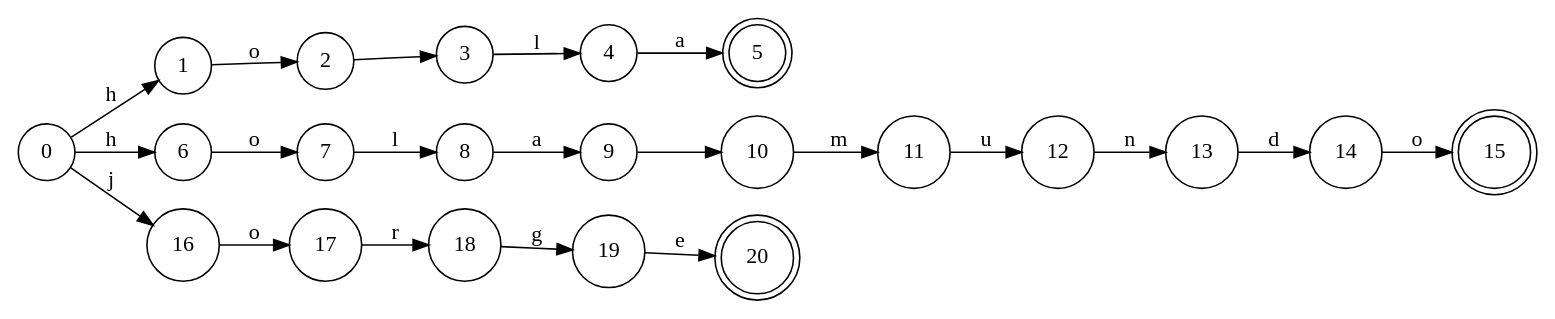
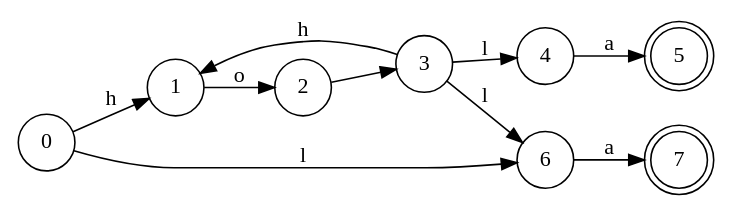
One commit to GdeAchaval/automaton changed the diagram in src/files/testNonDet.dot. Above: the diagram before and after it, drawn with Graphviz. The commit also changed 8 other files, not shown here.

```diff
--- a/src/files/testNonDet.dot
+++ b/src/files/testNonDet.dot
@@ -1,47 +1,23 @@
 digraph {
 rankdir = "LR";
 // NODES
 node [shape=circle] Node0[label="0"];
 node [shape=circle] Node1[label="1"];
 node [shape=circle] Node6[label="6"];
-node [shape=circle] Node16[label="16"];
 node [shape=circle] Node2[label="2"];
-node [shape=circle] Node7[label="7"];
-node [shape=circle] Node17[label="17"];
+node [shape=doublecircle] Node7[label="7"];
 node [shape=circle] Node3[label="3"];
-node [shape=circle] Node8[label="8"];
-node [shape=circle] Node18[label="18"];
 node [shape=circle] Node4[label="4"];
-node [shape=circle] Node9[label="9"];
-node [shape=circle] Node19[label="19"];
 node [shape=doublecircle] Node5[label="5"];
-node [shape=circle] Node10[label="10"];
-node [shape=doublecircle] Node20[label="20"];
-node [shape=circle] Node11[label="11"];
-node [shape=circle] Node12[label="12"];
-node [shape=circle] Node13[label="13"];
-node [shape=circle] Node14[label="14"];
-node [shape=doublecircle] Node15[label="15"];
 
 // TRANSITIONS
 Node0 -> Node1 [label="h"];
-Node0 -> Node6 [label="h"];
-Node0 -> Node16 [label="j"];
+Node0 -> Node6 [label="l"];
 Node1 -> Node2 [label="o"];
-Node6 -> Node7 [label="o"];
-Node16 -> Node17 [label="o"];
+Node6 -> Node7 [label="a"];
 Node2 -> Node3 [label=" "];
-Node7 -> Node8 [label="l"];
-Node17 -> Node18 [label="r"];
+Node3 -> Node1 [label="h"];
 Node3 -> Node4 [label="l"];
-Node8 -> Node9 [label="a"];
-Node18 -> Node19 [label="g"];
+Node3 -> Node6 [label="l"];
 Node4 -> Node5 [label="a"];
-Node9 -> Node10 [label=" "];
-Node19 -> Node20 [label="e"];
-Node10 -> Node11 [label="m"];
-Node11 -> Node12 [label="u"];
-Node12 -> Node13 [label="n"];
-Node13 -> Node14 [label="d"];
-Node14 -> Node15 [label="o"];
 }
```
